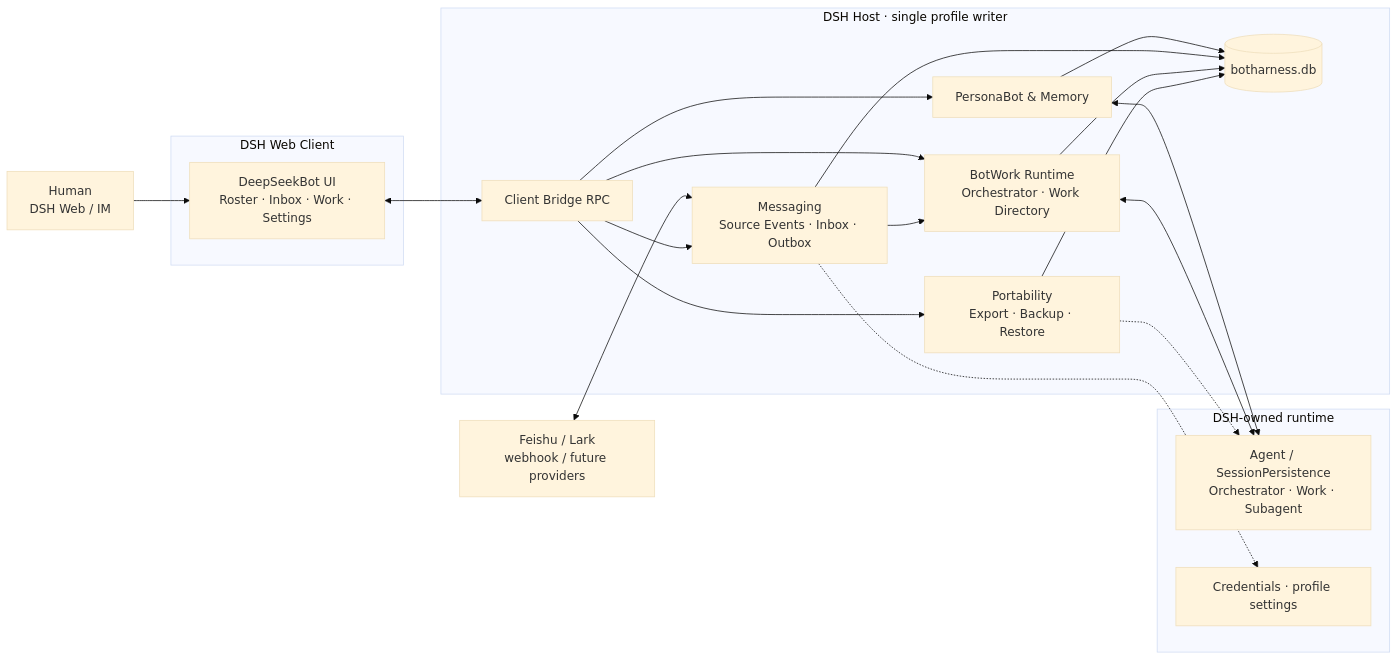
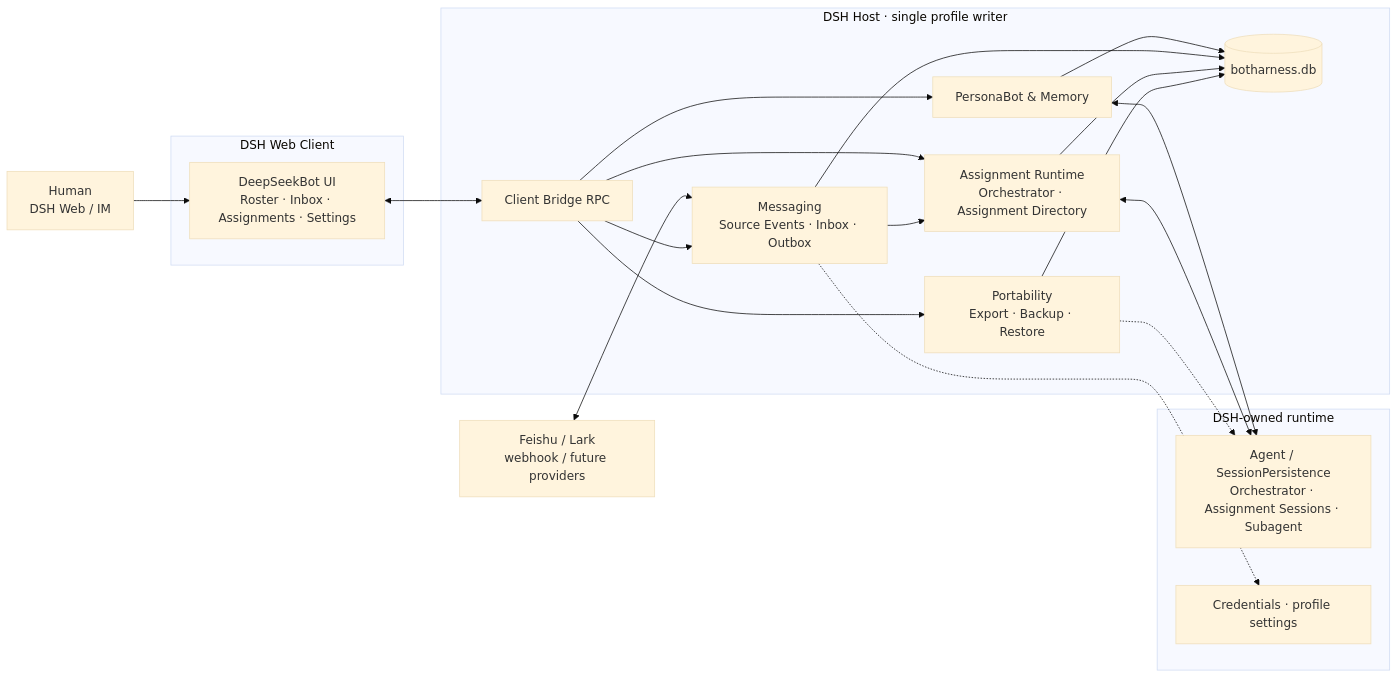
The first of 6 diagrams in docs/architecture/botharness-architecture.en.md (BotHarness/BotHarness), drawn with Mermaid (base theme) before and after one commit. The commit also changed other lines of this file and 70 other files, not shown here.

Commit message:
docs: define PersonaBot assignments navigation

````diff
--- a/docs/architecture/botharness-architecture.en.md
+++ b/docs/architecture/botharness-architecture.en.md
@@ -17,40 +17,40 @@
 ```mermaid
 flowchart LR
   Human["Human<br/>DSH Web / IM"]
   External["Feishu / Lark<br/>webhook / future providers"]
 
   subgraph Browser["DSH Web Client"]
-    UI["DeepSeekBot UI<br/>Roster · Inbox · Work · Settings"]
+    UI["DeepSeekBot UI<br/>Roster · Inbox · Assignments · Settings"]
   end
 
   subgraph Host["DSH Host · single profile writer"]
     API["Client Bridge RPC"]
     Identity["PersonaBot & Memory"]
     Messaging["Messaging<br/>Source Events · Inbox · Outbox"]
-    BotWork["BotWork Runtime<br/>Orchestrator · Work Directory"]
+    Assignments["Assignment Runtime<br/>Orchestrator · Assignment Directory"]
     Transfer["Portability<br/>Export · Backup · Restore"]
     DB[("botharness.db")]
   end
 
   subgraph DSH["DSH-owned runtime"]
-    Sessions["Agent / SessionPersistence<br/>Orchestrator · Work · Subagent"]
+    Sessions["Agent / SessionPersistence<br/>Orchestrator · Assignment Sessions · Subagent"]
     Credentials["Credentials · profile settings"]
   end
 
   Human --> UI
   External <--> Messaging
   UI <--> API
   API --> Identity
   API --> Messaging
-  API --> BotWork
+  API --> Assignments
   API --> Transfer
   Identity --> DB
   Messaging --> DB
-  BotWork --> DB
+  Assignments --> DB
   Transfer --> DB
   Identity <--> Sessions
-  Messaging --> BotWork
-  BotWork <--> Sessions
+  Messaging --> Assignments
+  Assignments <--> Sessions
   Messaging -.-> Credentials
   Transfer -.-> Sessions
 ```
````
